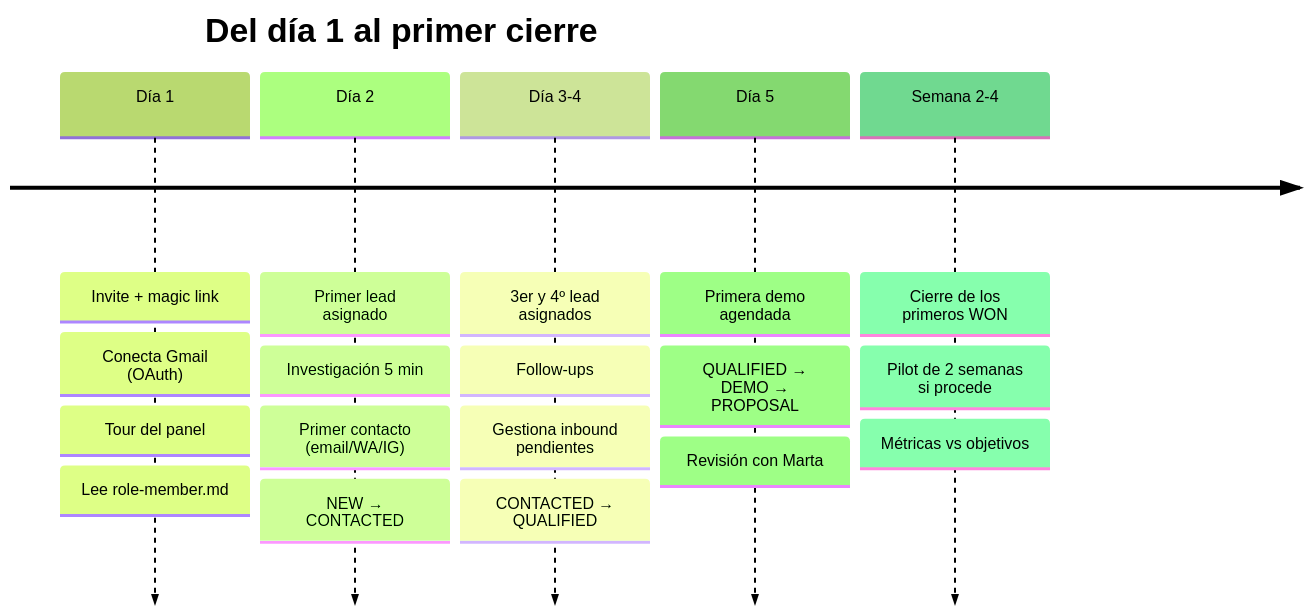
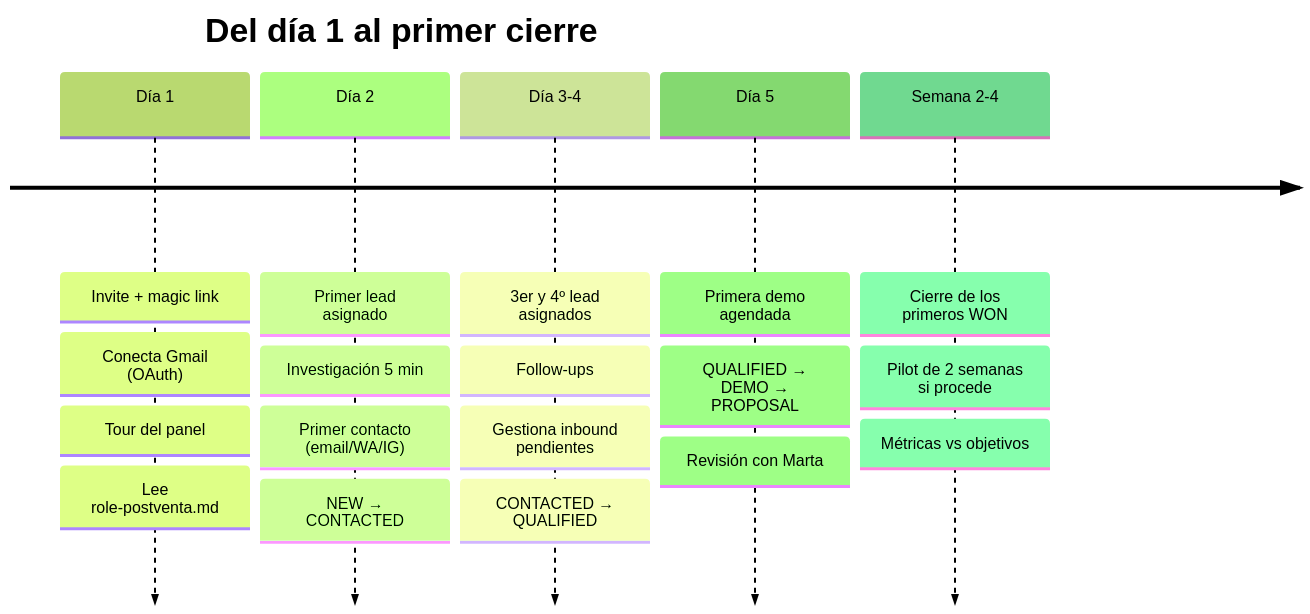
Before and after one commit to samarluansl/Documentacion-meembly: the first of 6 diagrams in onboarding-comercial.md, drawn with Mermaid (forest theme). The commit also changed other lines of this file and 5 other files, not shown here.

````diff
--- a/onboarding-comercial.md
+++ b/onboarding-comercial.md
@@ -12,22 +22,22 @@
 ```mermaid
 timeline
     title Del día 1 al primer cierre
     Día 1 : Invite + magic link
           : Conecta Gmail (OAuth)
           : Tour del panel
-          : Lee role-member.md
+          : Lee role-postventa.md
     Día 2 : Primer lead asignado
           : Investigación 5 min
           : Primer contacto (email/WA/IG)
           : NEW → CONTACTED
     Día 3-4 : 3er y 4º lead asignados
             : Follow-ups
             : Gestiona inbound pendientes
             : CONTACTED → QUALIFIED
     Día 5 : Primera demo agendada
           : QUALIFIED → DEMO → PROPOSAL
           : Revisión con Marta
     Semana 2-4 : Cierre de los primeros WON
                : Pilot de 2 semanas si procede
                : Métricas vs objetivos
 ```
````
